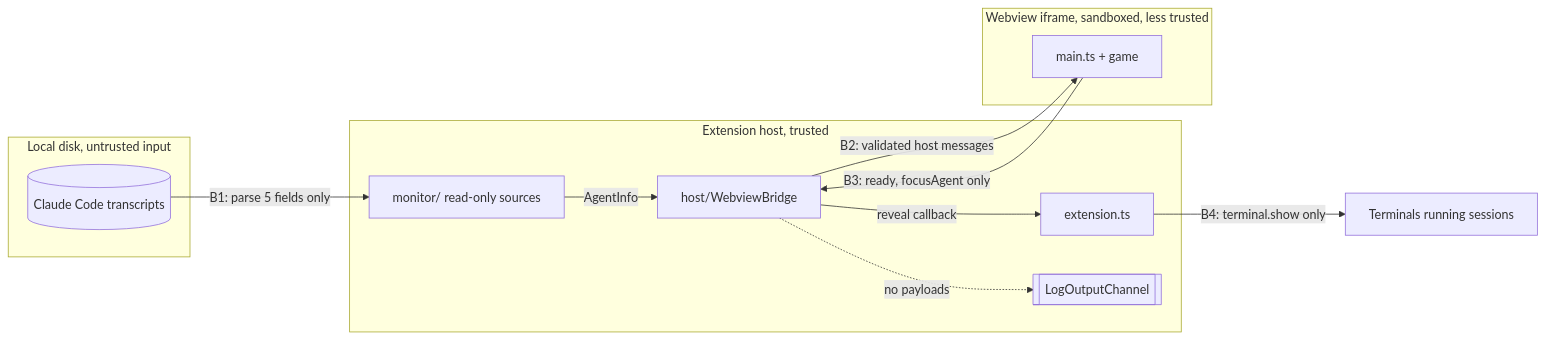
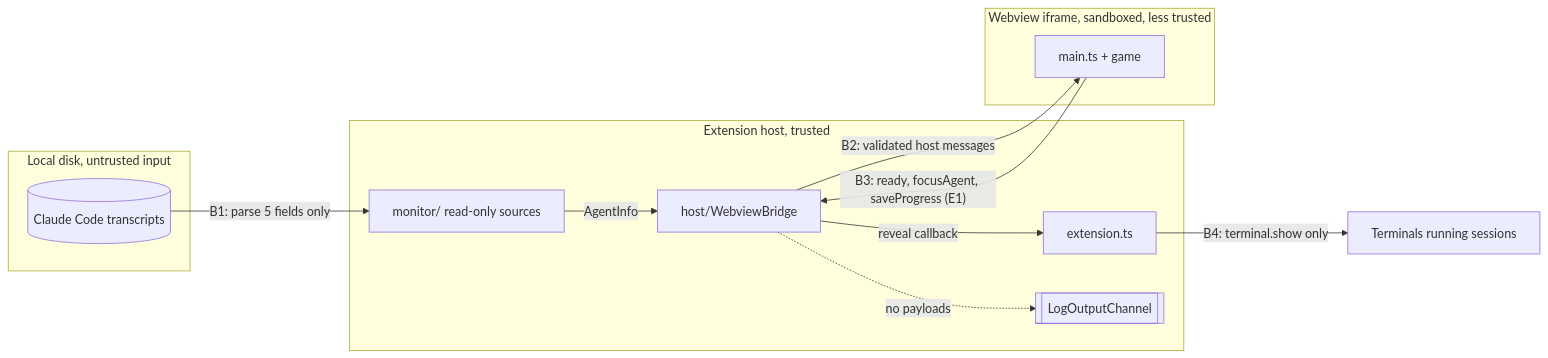
The diagram in docs/architecture/security-and-safety.md (GrapeJuicer01/vscode-dungeon-crawlers), drawn with Mermaid before and after one commit. The commit also changed other lines of this file and 122 other files, not shown here.

````diff
--- a/docs/architecture/security-and-safety.md
+++ b/docs/architecture/security-and-safety.md
@@ -17,24 +17,24 @@
 ```mermaid
 flowchart LR
   subgraph disk[Local disk, untrusted input]
     tx[(Claude Code transcripts)]
   end
   subgraph host[Extension host, trusted]
     mon[monitor/ read-only sources]
     bridge[host/WebviewBridge]
     ext[extension.ts]
     log[[LogOutputChannel]]
   end
   subgraph web[Webview iframe, sandboxed, less trusted]
     main[main.ts + game]
   end
   term[Terminals running sessions]
 
   tx -- B1: parse 5 fields only --> mon
   mon -- AgentInfo --> bridge
   bridge -- B2: validated host messages --> main
-  main -- B3: ready, focusAgent only --> bridge
+  main -- B3: ready, focusAgent, saveProgress (E1) --> bridge
   bridge -- reveal callback --> ext
   ext -- B4: terminal.show only --> term
   bridge -. no payloads .-> log
 ```
````
